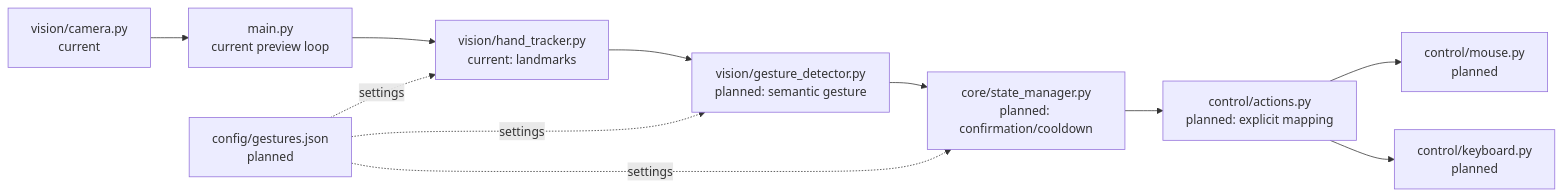
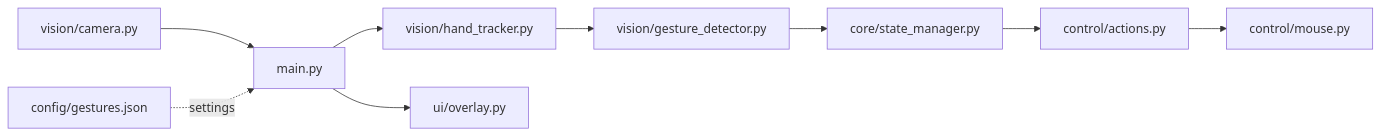
One commit to Pranjalstart679/Cam-Gestures changed the diagram in README.md. Above: the diagram before and after it, drawn with Mermaid. The commit also changed other lines of this file and 9 other files, not shown here.

First line of the commit message:
Hand gestures made

````diff
--- a/README.md
+++ b/README.md
@@ -54,13 +17,11 @@
 ```mermaid
 flowchart LR
-    Camera["vision/camera.py\ncurrent"] --> Main["main.py\ncurrent preview loop"]
-    Main --> Tracker["vision/hand_tracker.py\ncurrent: landmarks"]
-    Tracker --> Detector["vision/gesture_detector.py\nplanned: semantic gesture"]
-    Detector --> State["core/state_manager.py\nplanned: confirmation/cooldown"]
-    State --> Actions["control/actions.py\nplanned: explicit mapping"]
-    Actions --> Mouse["control/mouse.py\nplanned"]
-    Actions --> Keyboard["control/keyboard.py\nplanned"]
-    Config["config/gestures.json\nplanned"] -. settings .-> Tracker
-    Config -. settings .-> Detector
-    Config -. settings .-> State
+    Camera["vision/camera.py"] --> Main["main.py"]
+    Main --> Tracker["vision/hand_tracker.py"]
+    Tracker --> Detector["vision/gesture_detector.py"]
+    Detector --> State["core/state_manager.py"]
+    State --> Actions["control/actions.py"]
+    Actions --> Mouse["control/mouse.py"]
+    Config["config/gestures.json"] -. settings .-> Main
+    Main --> Overlay["ui/overlay.py"]
 ```
````
